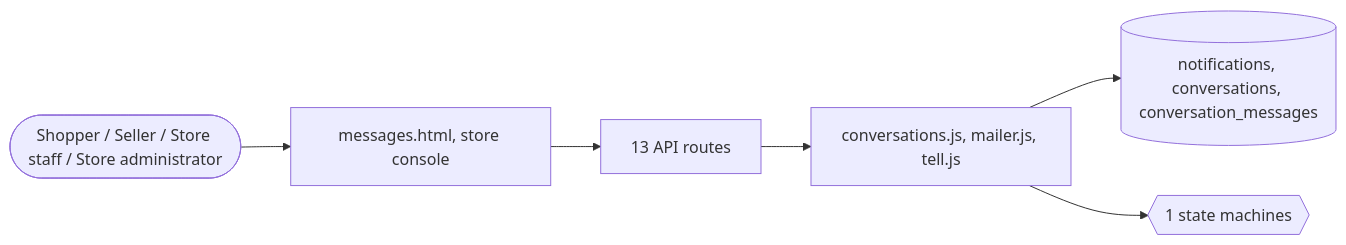
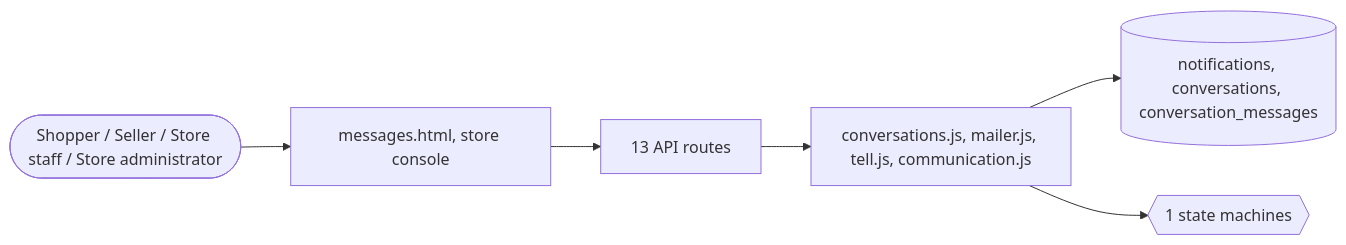
Before and after one commit to echelonxventures-Projects/universal-product: the second of 2 diagrams in docs/domains/communication.md, drawn with Mermaid. The commit also changed other lines of this file and 135 other files, not shown here.

````diff
--- a/docs/domains/communication.md
+++ b/docs/domains/communication.md
@@ -122,8 +123,8 @@
 ```mermaid
 flowchart LR
   U([Shopper / Seller / Store staff / Store administrator]) --> UI[messages.html, store console]
   UI --> API[13 API routes]
-  API --> ENG[conversations.js, mailer.js, tell.js]
+  API --> ENG[conversations.js, mailer.js, tell.js, communication.js]
   ENG --> DB[(notifications, conversations, conversation_messages)]
   ENG --> SM{{1 state machines}}
 ```
````
